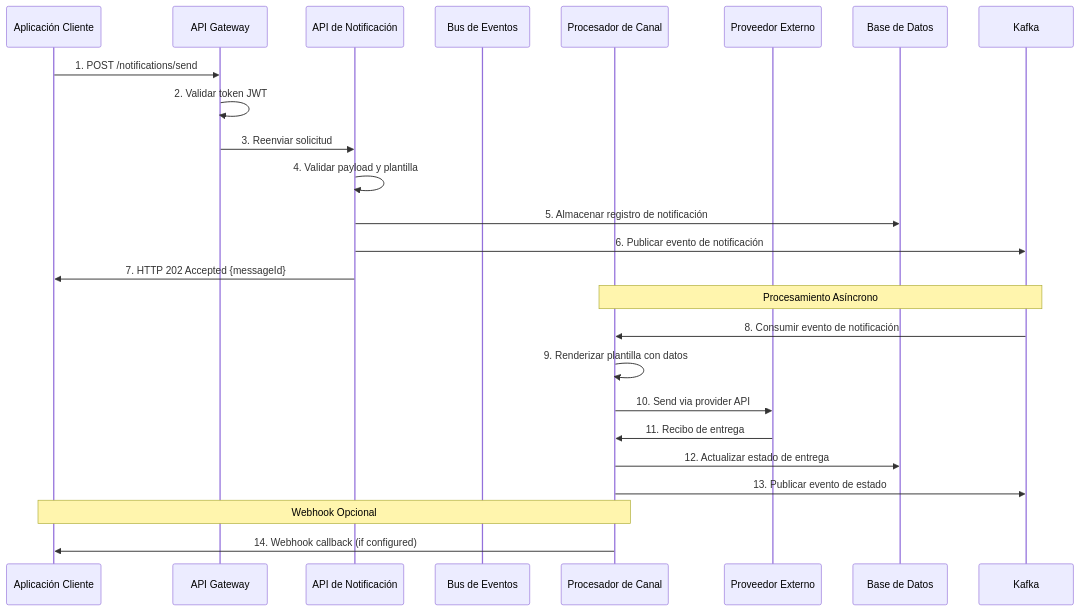
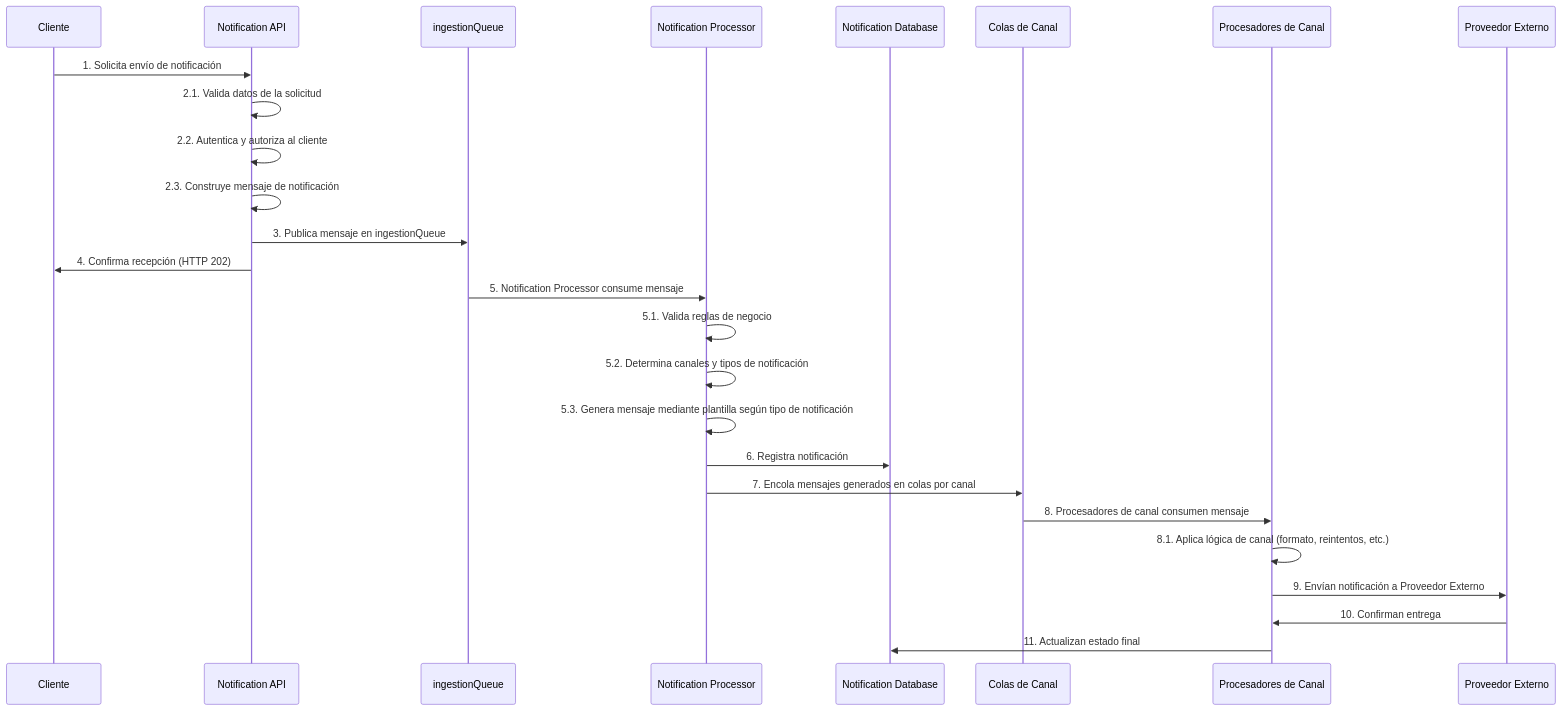
Before and after one commit to jclemente-tlm/tlm-doc-architecture: the first of 2 diagrams in docs/servicios-corporativos/servicio-notificacion/06-vista-tiempo-ejecucion.md, drawn with Mermaid. The commit also changed other lines of this file and 92 other files, not shown here.

````diff
--- a/docs/servicios-corporativos/servicio-notificacion/06-vista-tiempo-ejecucion.md
+++ b/docs/servicios-corporativos/servicio-notificacion/06-vista-tiempo-ejecucion.md
@@ -38,30 +36,30 @@
 ```mermaid
 sequenceDiagram
-    participant App as Aplicación Cliente
-    participant Gateway as API Gateway
-    participant API as API de Notificación
-    participant EventBus as Bus de Eventos
-    participant Processor as Procesador de Canal
-    participant Provider as Proveedor Externo
-    participant DB as Base de Datos
+    participant Cliente as Cliente
+    participant API as Notification API
+    participant Ingestion as ingestionQueue
+    participant Processor as Notification Processor
+    participant DB as Notification Database
+    participant ColasCanal as Colas de Canal
+    participant ProcCanal as Procesadores de Canal
+    participant Proveedor as Proveedor Externo
 
-    App->>Gateway: 1. POST /notifications/send
-    Gateway->>Gateway: 2. Validar token JWT
-    Gateway->>API: 3. Reenviar solicitud
+    Cliente->>API: 1. Solicita envío de notificación
+    API->>API: 2.1. Valida datos de la solicitud
+    API->>API: 2.2. Autentica y autoriza al cliente
+    API->>API: 2.3. Construye mensaje de notificación
+    API->>Ingestion: 3. Publica mensaje en ingestionQueue
+    API->>Cliente: 4. Confirma recepción (HTTP 202)
 
-    API->>API: 4. Validar payload y plantilla
-    API->>DB: 5. Almacenar registro de notificación
-    API->>Kafka: 6. Publicar evento de notificación
-    API->>App: 7. HTTP 202 Accepted {messageId}
-
-    Note over Kafka,Processor: Procesamiento Asíncrono
-    Kafka->>Processor: 8. Consumir evento de notificación
-    Processor->>Processor: 9. Renderizar plantilla con datos
-    Processor->>Provider: 10. Send via provider API
-    Provider->>Processor: 11. Recibo de entrega
-    Processor->>DB: 12. Actualizar estado de entrega
-    Processor->>Kafka: 13. Publicar evento de estado
-
-    Note over Processor,App: Webhook Opcional
-    Processor->>App: 14. Webhook callback (if configured)
+    Ingestion->>Processor: 5. Notification Processor consume mensaje
+    Processor->>Processor: 5.1. Valida reglas de negocio
+    Processor->>Processor: 5.2. Determina canales y tipos de notificación
+    Processor->>Processor: 5.3. Genera mensaje mediante plantilla según tipo de notificación
+    Processor->>DB: 6. Registra notificación
+    Processor->>ColasCanal: 7. Encola mensajes generados en colas por canal
+    ColasCanal->>ProcCanal: 8. Procesadores de canal consumen mensaje
+    ProcCanal->>ProcCanal: 8.1. Aplica lógica de canal (formato, reintentos, etc.)
+    ProcCanal->>Proveedor: 9. Envían notificación a Proveedor Externo
+    Proveedor->>ProcCanal: 10. Confirman entrega
+    ProcCanal->>DB: 11. Actualizan estado final
 ```
````
